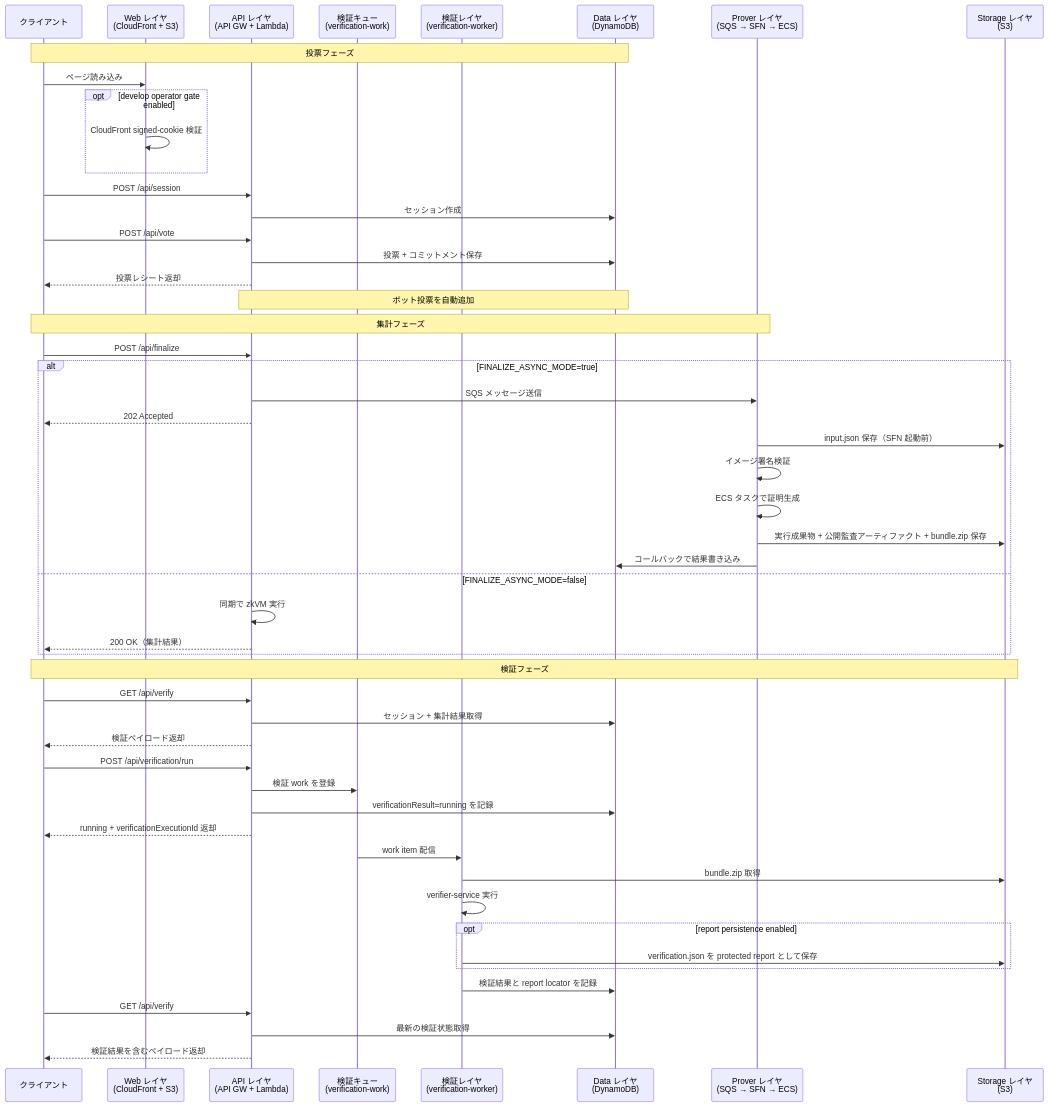
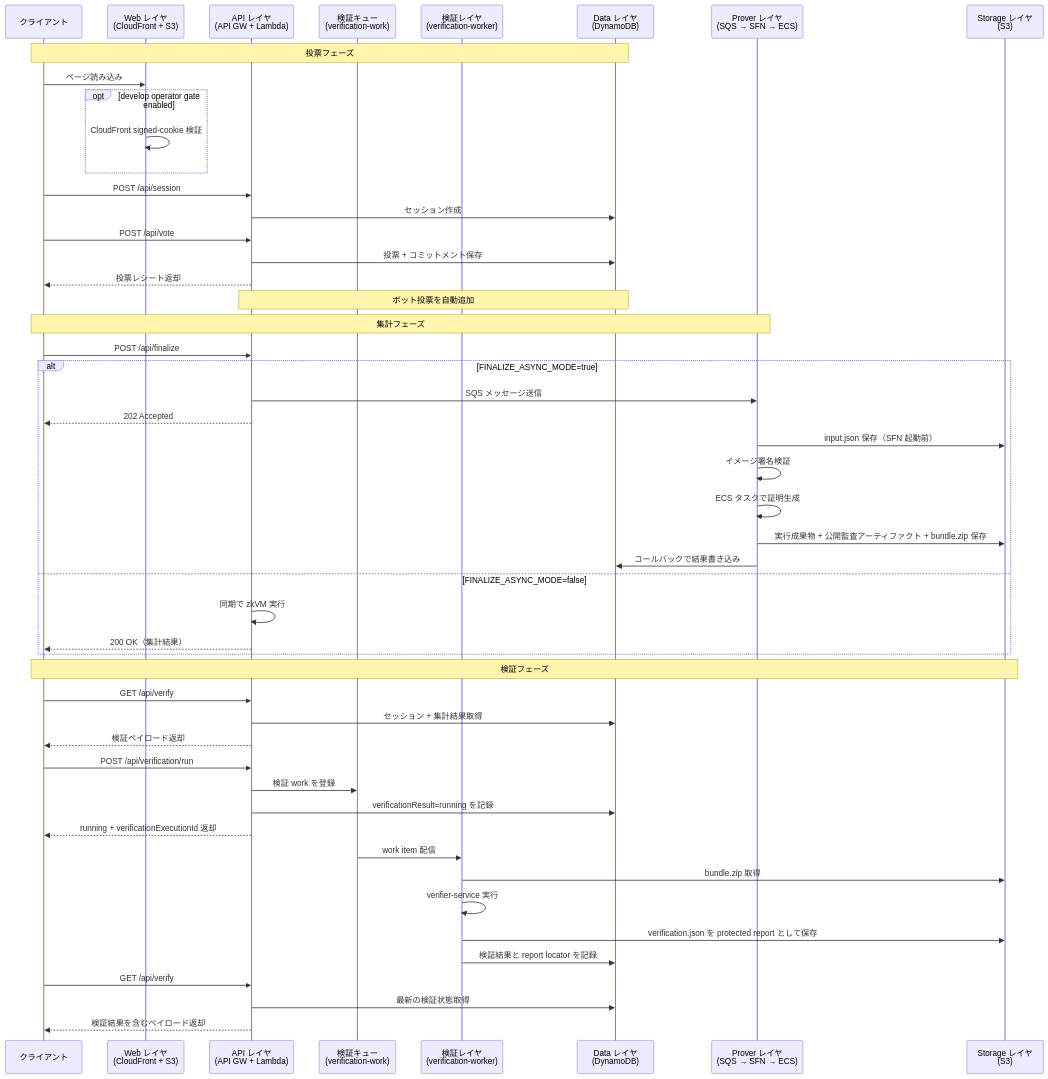
Before and after one commit to hwatanabe-jp/stark-ballot-simulator-public: the third of 4 diagrams in public-book/src/aws/topology.md, drawn with Mermaid. The commit also changed other lines of this file and 389 other files, not shown here.

````diff
--- a/public-book/src/aws/topology.md
+++ b/public-book/src/aws/topology.md
@@ -163,57 +169,55 @@
 ```mermaid
 sequenceDiagram
   participant C as クライアント
   participant W as Web レイヤ<br/>(CloudFront + S3)
   participant A as API レイヤ<br/>(API GW + Lambda)
   participant Q as 検証キュー<br/>(verification-work)
   participant V as 検証レイヤ<br/>(verification-worker)
   participant D as Data レイヤ<br/>(DynamoDB)
   participant P as Prover レイヤ<br/>(SQS → SFN → ECS)
   participant S as Storage レイヤ<br/>(S3)
 
   Note over C,D: 投票フェーズ
   C->>W: ページ読み込み
   opt develop operator gate enabled
     W->>W: CloudFront signed-cookie 検証
   end
   C->>A: POST /api/session
   A->>D: セッション作成
   C->>A: POST /api/vote
   A->>D: 投票 + コミットメント保存
   A-->>C: 投票レシート返却
   Note over A,D: ボット投票を自動追加
 
   Note over C,P: 集計フェーズ
   C->>A: POST /api/finalize
   alt FINALIZE_ASYNC_MODE=true
     A->>P: SQS メッセージ送信
     A-->>C: 202 Accepted
     P->>S: input.json 保存（SFN 起動前）
     P->>P: イメージ署名検証
     P->>P: ECS タスクで証明生成
     P->>S: 実行成果物 + 公開監査アーティファクト + bundle.zip 保存
     P->>D: コールバックで結果書き込み
   else FINALIZE_ASYNC_MODE=false
     A->>A: 同期で zkVM 実行
     A-->>C: 200 OK（集計結果）
   end
 
   Note over C,S: 検証フェーズ
   C->>A: GET /api/verify
   A->>D: セッション + 集計結果取得
   A-->>C: 検証ペイロード返却
   C->>A: POST /api/verification/run
   A->>Q: 検証 work を登録
   A->>D: verificationResult=running を記録
   A-->>C: running + verificationExecutionId 返却
   Q->>V: work item 配信
   V->>S: bundle.zip 取得
   V->>V: verifier-service 実行
-  opt report persistence enabled
-    V->>S: verification.json を protected report として保存
-  end
+  V->>S: verification.json を protected report として保存
   V->>D: 検証結果と report locator を記録
   C->>A: GET /api/verify
   A->>D: 最新の検証状態取得
   A-->>C: 検証結果を含むペイロード返却
 ```
````
